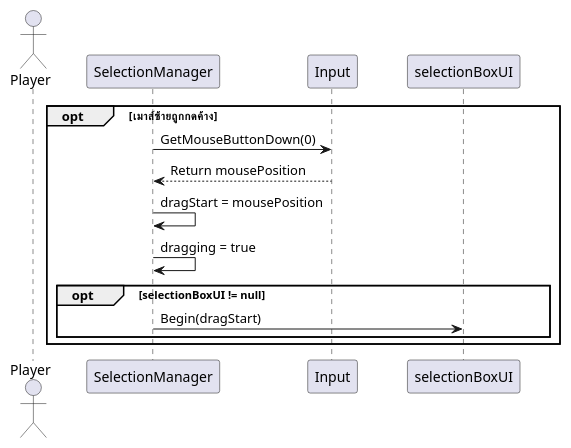
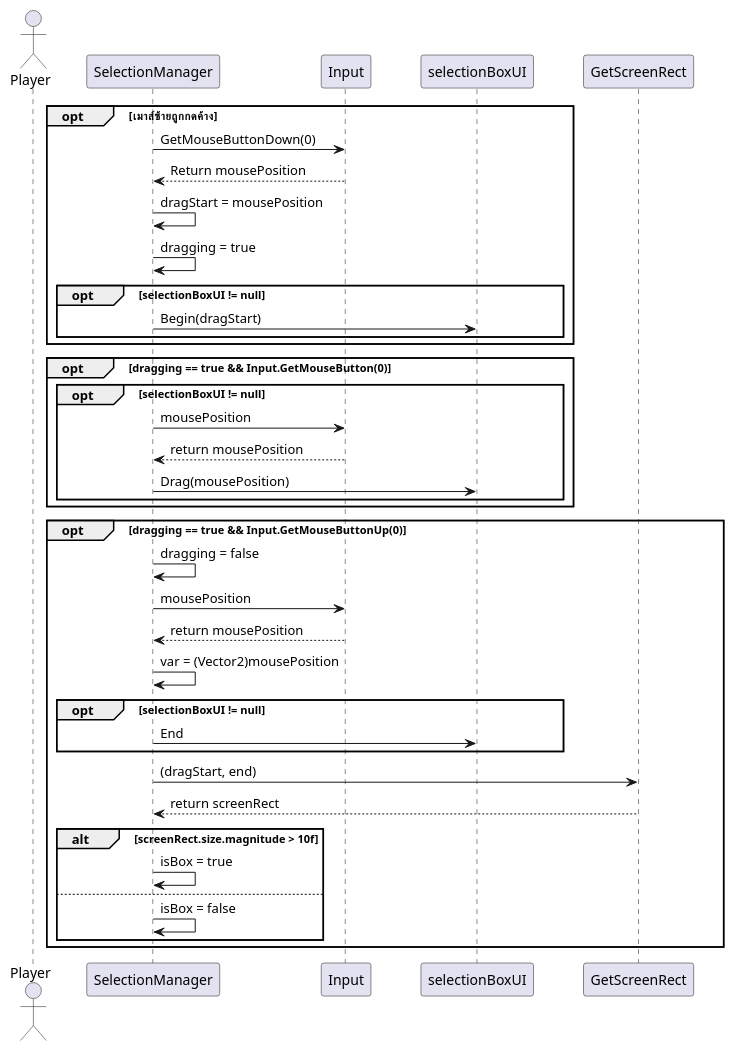
One commit to khongpak/URTS_GPT changed the diagram in Assets/UML/SequenceDiagrams/Selection/SelectionManager_HandleClickAndDrag_Sequence.puml. Above: the diagram before and after it, drawn with PlantUML.

Commit message:
เป้าหมายบทเรียน #4 — Formation Move + Marker Pool ยังไม่เสร็จ กำลังทำถึงแค่ขั้นตอนที่ 1 สร้างไฟล์ ClickMoveMarkerPool.cs เหลืออีก 1 ไฟล์ ตอนนี้มาเพิ่ม Class Diagram ของ SelectionManager เสร็จแล้ว Update Sequence เสร็จแล้ว กำลังจะเริ่ม HandleClickAndDrag

```diff
--- a/Assets/UML/SequenceDiagrams/Selection/SelectionManager_HandleClickAndDrag_Sequence.puml
+++ b/Assets/UML/SequenceDiagrams/Selection/SelectionManager_HandleClickAndDrag_Sequence.puml
@@ -1,21 +1,51 @@
 @startuml
     skinparam Shadowing false
     skinparam ParticipantPadding 20
 
     actor Player
     Participant SelectionManager
     Participant Input
     Participant selectionBoxUI
+    Participant GetScreenRect
 
     opt เมาส์ซ้ายถูกกดค้าง
         SelectionManager -> Input : GetMouseButtonDown(0)
         Input --> SelectionManager :Return mousePosition
         SelectionManager -> SelectionManager : dragStart = mousePosition
         SelectionManager -> SelectionManager : dragging = true
         
         opt selectionBoxUI != null
             SelectionManager -> selectionBoxUI : Begin(dragStart)
         end
     end
+
+    opt dragging == true && Input.GetMouseButton(0)
+        opt selectionBoxUI != null
+            SelectionManager -> Input : mousePosition
+            Input --> SelectionManager : return mousePosition
+            SelectionManager -> selectionBoxUI : Drag(mousePosition)
+        end
+    end
+
+    opt dragging == true && Input.GetMouseButtonUp(0)
+        SelectionManager -> SelectionManager : dragging = false
+        SelectionManager -> Input : mousePosition
+        Input --> SelectionManager : return mousePosition
+        SelectionManager -> SelectionManager : var = (Vector2)mousePosition
+
+        opt selectionBoxUI != null
+            SelectionManager -> selectionBoxUI : End
+        end
+
+        SelectionManager -> GetScreenRect : (dragStart, end)
+        GetScreenRect --> SelectionManager : return screenRect
+
+        alt screenRect.size.magnitude > 10f
+            SelectionManager -> SelectionManager : isBox = true
+        else
+            SelectionManager -> SelectionManager : isBox = false
+        end
     
+    
+    end
 @enduml
```
